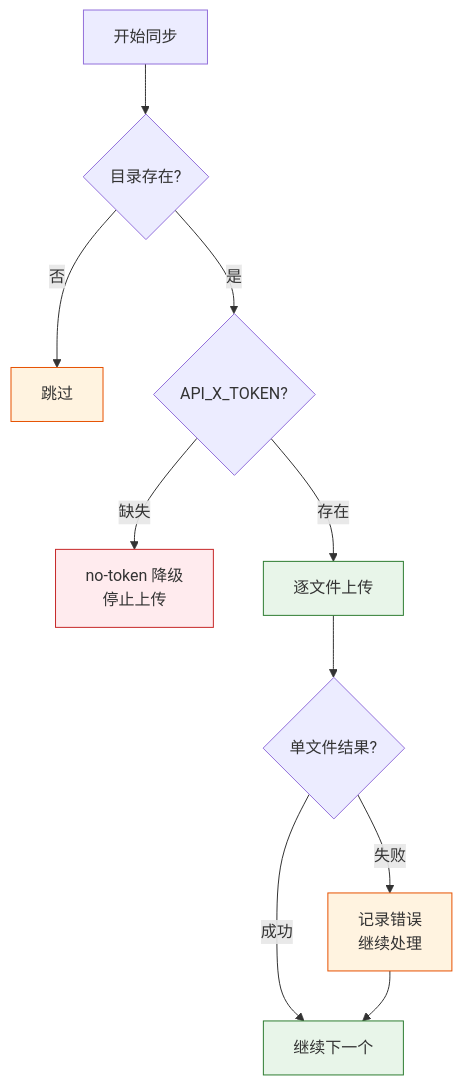
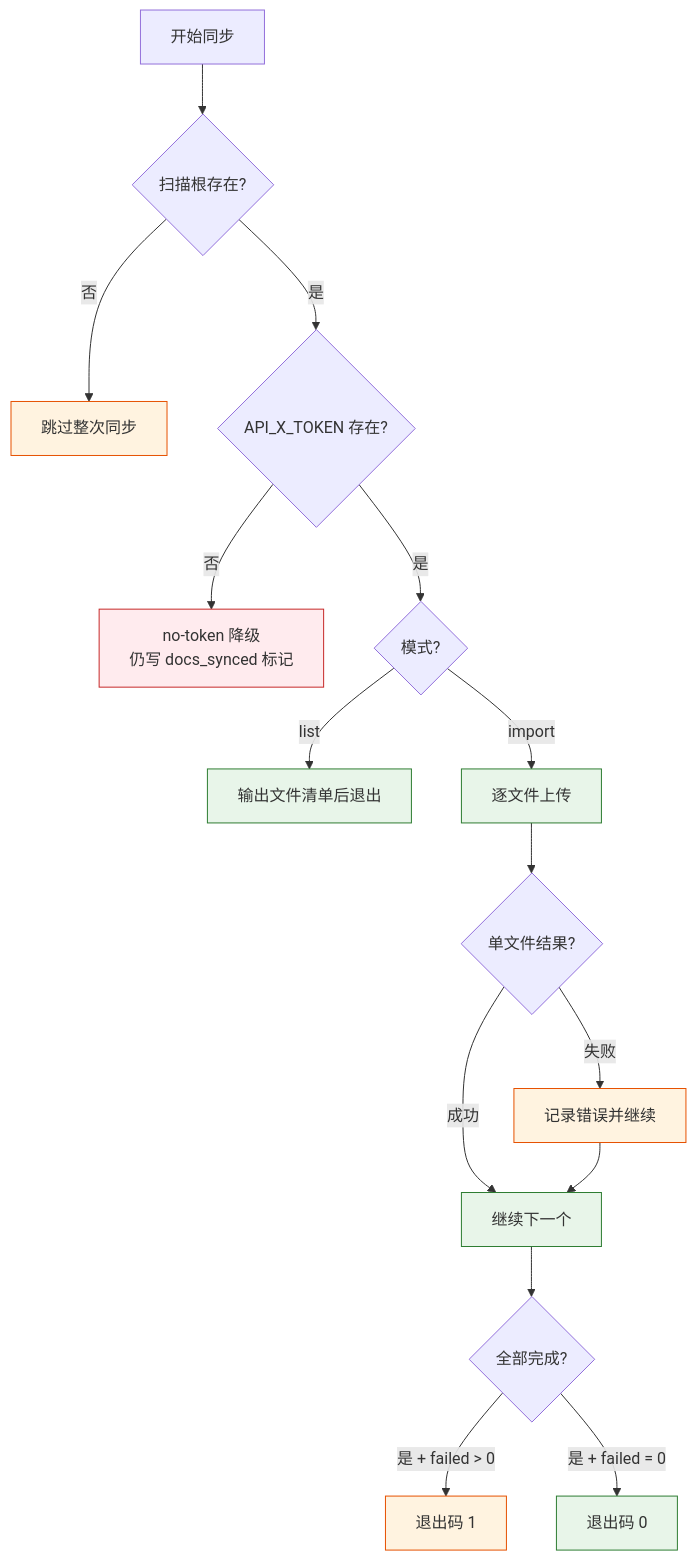
One commit to effiy/YrY changed the fifth of 8 diagrams in skills/import-docs/SKILL.md. Above: the diagram before and after it, drawn with Mermaid. The commit also changed other lines of this file and 14 other files, not shown here.

````diff
--- a/skills/import-docs/SKILL.md
+++ b/skills/import-docs/SKILL.md
@@ -137,16 +204,21 @@
 ```mermaid
 flowchart TD
-    START["开始同步"] --> Q1{"目录存在?"}
-    Q1 -->|"否"| SKIP["跳过"]:::warn
-    Q1 -->|"是"| Q2{"API_X_TOKEN?"}
-    Q2 -->|"缺失"| NOOP["no-token 降级<br/>停止上传"]:::block
-    Q2 -->|"存在"| UPLOAD["逐文件上传"]:::ok
-    UPLOAD --> Q3{"单文件结果?"}
-    Q3 -->|"成功"| NEXT["继续下一个"]:::ok
-    Q3 -->|"失败"| ERR["记录错误<br/>继续处理"]:::warn
+    START["开始同步"] --> Q1{"扫描根存在?"}
+    Q1 -->|"否"| SKIP["跳过整次同步"]:::warn
+    Q1 -->|"是"| Q2{"API_X_TOKEN 存在?"}
+    Q2 -->|"否"| NOOP["no-token 降级<br/>仍写 docs_synced 标记"]:::block
+    Q2 -->|"是"| Q3{"模式?"}
+    Q3 -->|"list"| LIST["输出文件清单后退出"]:::ok
+    Q3 -->|"import"| UPLOAD["逐文件上传"]:::ok
+    UPLOAD --> Q4{"单文件结果?"}
+    Q4 -->|"成功"| NEXT["继续下一个"]:::ok
+    Q4 -->|"失败"| ERR["记录错误并继续"]:::warn
     ERR --> NEXT
+    NEXT --> END{"全部完成?"}
+    END -->|"是 + failed > 0"| EXIT_FAIL["退出码 1"]:::warn
+    END -->|"是 + failed = 0"| EXIT_OK["退出码 0"]:::ok
 
     classDef ok fill:#e8f5e9,stroke:#2e7d32;
     classDef warn fill:#fff3e0,stroke:#e65100;
     classDef block fill:#ffebee,stroke:#c62828;
 ```
````
